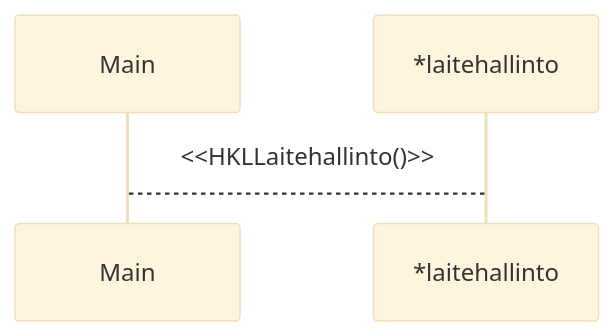
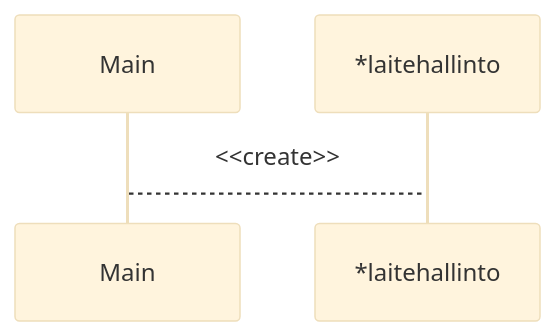
One commit to EeroAnt/ot-harjoitusty- changed the diagram in laskarit/viikko3/matkakorttisekvenssikaavio.md. Above: the diagram before and after it, drawn with Mermaid (base theme).

Commit message:
t4 v0.011

````diff
--- a/laskarit/viikko3/matkakorttisekvenssikaavio.md
+++ b/laskarit/viikko3/matkakorttisekvenssikaavio.md
@@ -1,5 +1,5 @@
 ```mermaid
 sequenceDiagram
   participant Main
-  Main-->*laitehallinto:<<HKLLaitehallinto()>> 
+  Main-->*laitehallinto:<<create>> 
 ```
````
